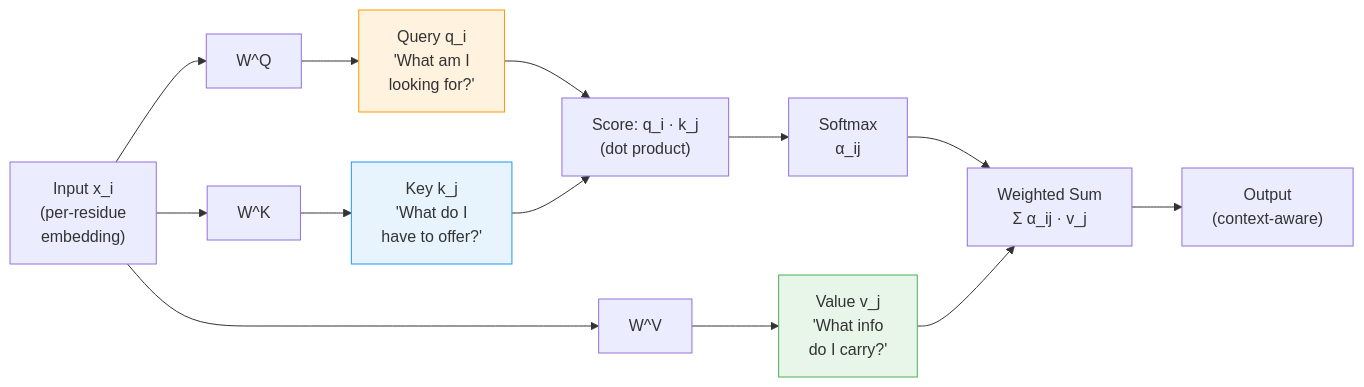
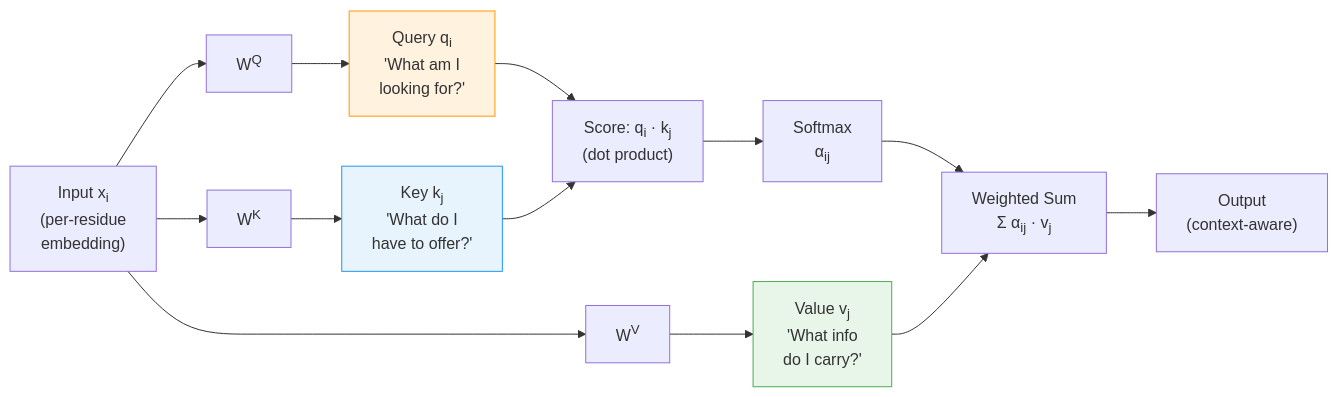
Before and after one commit to sungsoo-ahn/sungsoo-ahn.github.io: the diagram in assets/img/teaching/protein-ai/mermaid/s26-04-transformers-gnns_diagram_1.mmd, drawn with Mermaid. The commit also changed 8 other files, not shown here.

```diff
--- a/assets/img/teaching/protein-ai/mermaid/s26-04-transformers-gnns_diagram_1.mmd
+++ b/assets/img/teaching/protein-ai/mermaid/s26-04-transformers-gnns_diagram_1.mmd
@@ -1,18 +1,18 @@
 flowchart LR
-    X["Input x_i<br/>(per-residue<br/>embedding)"] --> WQ["W^Q"]
-    X --> WK["W^K"]
-    X --> WV["W^V"]
+    X["Input x<sub>i</sub><br/>(per-residue<br/>embedding)"] --> WQ["W<sup>Q</sup>"]
+    X --> WK["W<sup>K</sup>"]
+    X --> WV["W<sup>V</sup>"]
 
-    WQ --> Q["Query q_i<br/>'What am I<br/>looking for?'"]
-    WK --> K["Key k_j<br/>'What do I<br/>have to offer?'"]
-    WV --> V["Value v_j<br/>'What info<br/>do I carry?'"]
+    WQ --> Q["Query q<sub>i</sub><br/>'What am I<br/>looking for?'"]
+    WK --> K["Key k<sub>j</sub><br/>'What do I<br/>have to offer?'"]
+    WV --> V["Value v<sub>j</sub><br/>'What info<br/>do I carry?'"]
 
-    Q & K --> S["Score: q_i · k_j<br/>(dot product)"]
-    S --> SM["Softmax<br/>α_ij"]
-    SM --> AG["Weighted Sum<br/>Σ α_ij · v_j"]
+    Q & K --> S["Score: q<sub>i</sub> · k<sub>j</sub><br/>(dot product)"]
+    S --> SM["Softmax<br/>α<sub>ij</sub>"]
+    SM --> AG["Weighted Sum<br/>Σ α<sub>ij</sub> · v<sub>j</sub>"]
     V --> AG
     AG --> O["Output<br/>(context-aware)"]
 
     style Q fill:#fff3e0,stroke:#FF9800
     style K fill:#e8f4fd,stroke:#2196F3
     style V fill:#e8f5e9,stroke:#4CAF50
```
